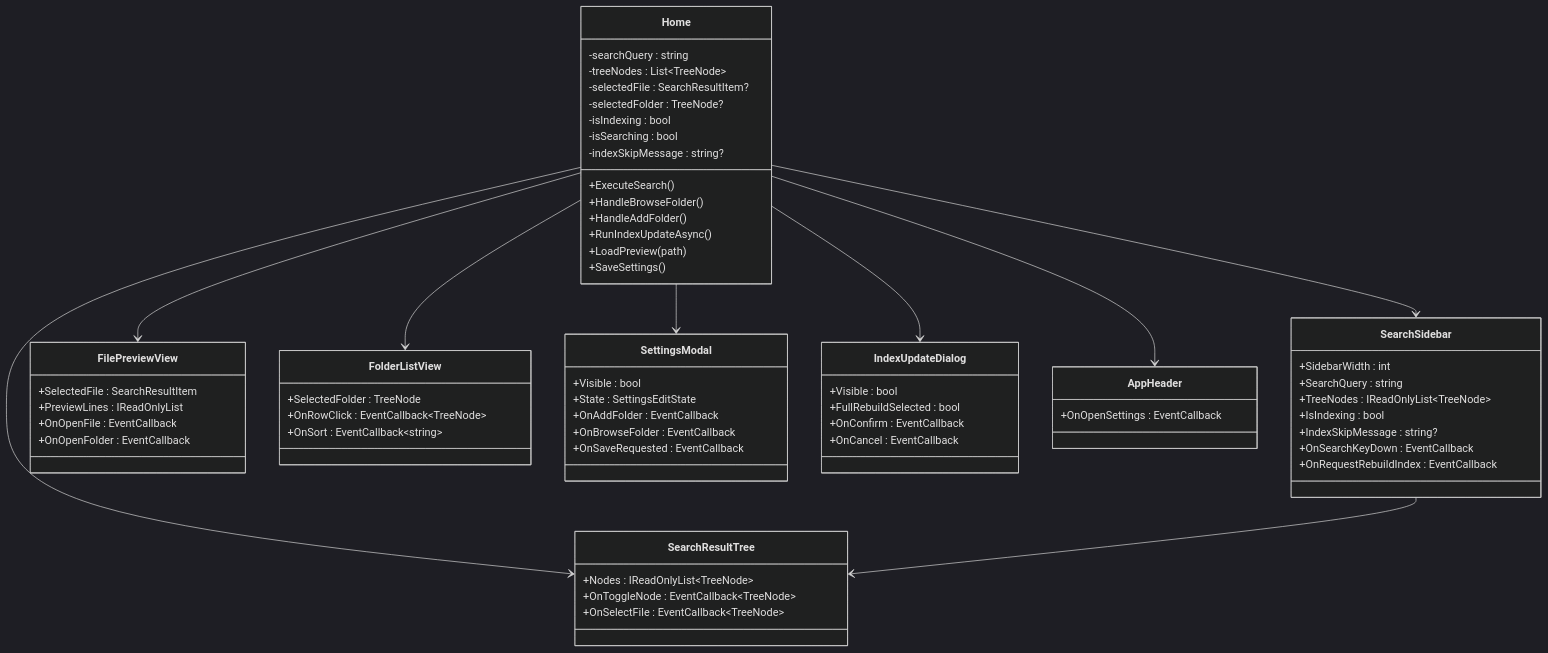
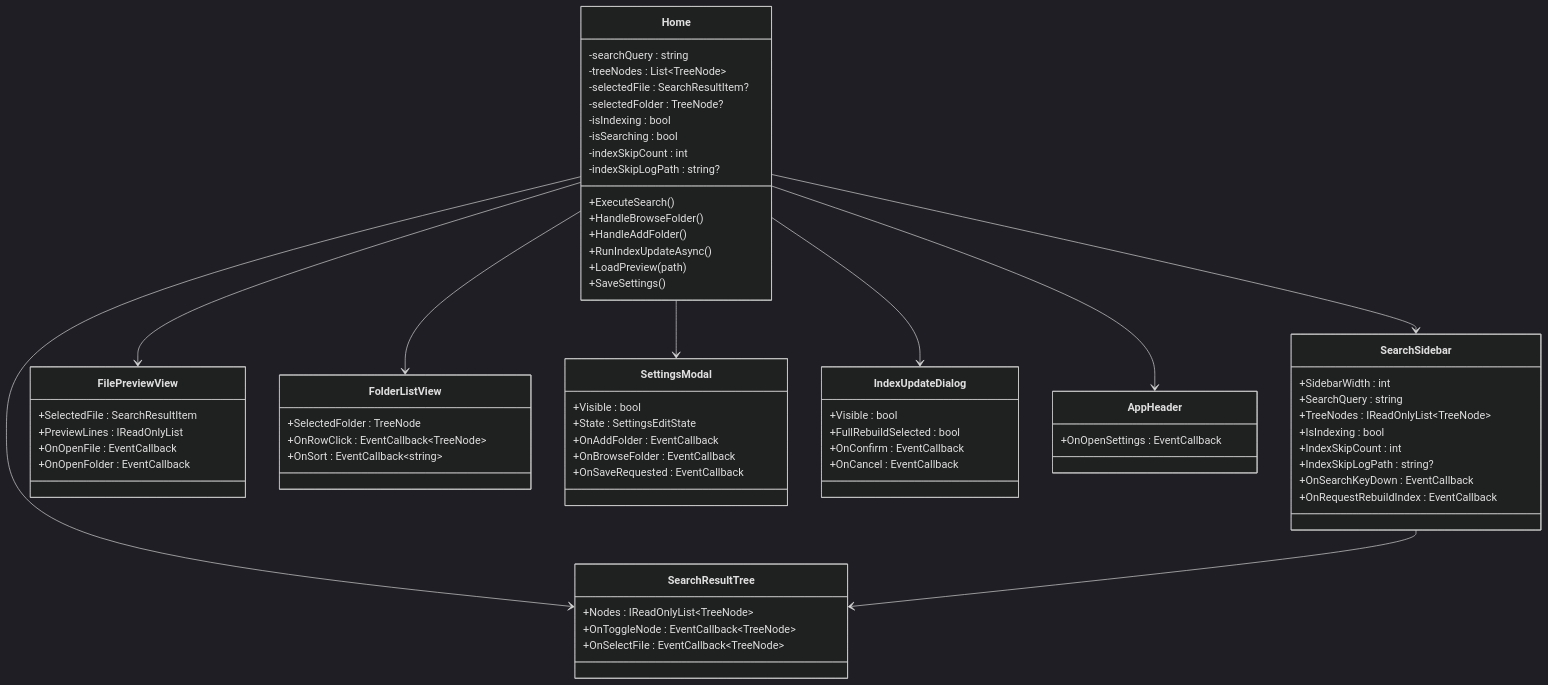
The fifth of 15 diagrams in docs/UML図.md (zndmonya-dot/FileSearchApp-), drawn with Mermaid (dark theme) before and after one commit. The commit also changed other lines of this file and 7 other files, not shown here.

````diff
--- a/docs/UML図.md
+++ b/docs/UML図.md
@@ -345,77 +345,79 @@
 ```mermaid
 classDiagram
     direction TB
 
     class Home {
         -searchQuery : string
         -treeNodes : List~TreeNode~
         -selectedFile : SearchResultItem?
         -selectedFolder : TreeNode?
         -isIndexing : bool
         -isSearching : bool
-        -indexSkipMessage : string?
+        -indexSkipCount : int
+        -indexSkipLogPath : string?
         +ExecuteSearch()
         +HandleBrowseFolder()
         +HandleAddFolder()
         +RunIndexUpdateAsync()
         +LoadPreview(path)
         +SaveSettings()
     }
 
     class SearchSidebar {
         +SidebarWidth : int
         +SearchQuery : string
         +TreeNodes : IReadOnlyList~TreeNode~
         +IsIndexing : bool
-        +IndexSkipMessage : string?
+        +IndexSkipCount : int
+    +IndexSkipLogPath : string?
         +OnSearchKeyDown : EventCallback
         +OnRequestRebuildIndex : EventCallback
     }
 
     class SearchResultTree {
         +Nodes : IReadOnlyList~TreeNode~
         +OnToggleNode : EventCallback~TreeNode~
         +OnSelectFile : EventCallback~TreeNode~
     }
 
     class FilePreviewView {
         +SelectedFile : SearchResultItem
         +PreviewLines : IReadOnlyList
         +OnOpenFile : EventCallback
         +OnOpenFolder : EventCallback
     }
 
     class FolderListView {
         +SelectedFolder : TreeNode
         +OnRowClick : EventCallback~TreeNode~
         +OnSort : EventCallback~string~
     }
 
     class SettingsModal {
         +Visible : bool
         +State : SettingsEditState
         +OnAddFolder : EventCallback
         +OnBrowseFolder : EventCallback
         +OnSaveRequested : EventCallback
     }
 
     class IndexUpdateDialog {
         +Visible : bool
         +FullRebuildSelected : bool
         +OnConfirm : EventCallback
         +OnCancel : EventCallback
     }
 
     class AppHeader {
         +OnOpenSettings : EventCallback
     }
 
     Home --> SearchSidebar
     Home --> SearchResultTree
     Home --> FilePreviewView
     Home --> FolderListView
     Home --> SettingsModal
     Home --> IndexUpdateDialog
     Home --> AppHeader
     SearchSidebar --> SearchResultTree
 ```
````
